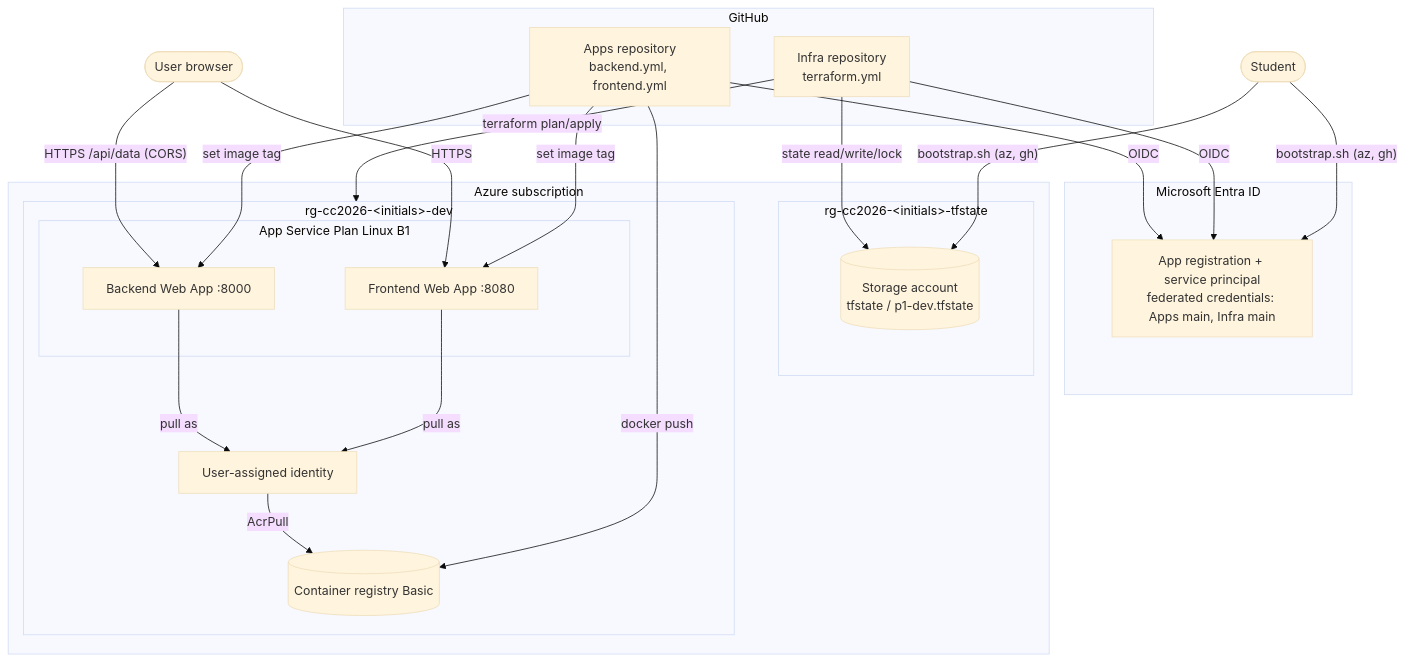
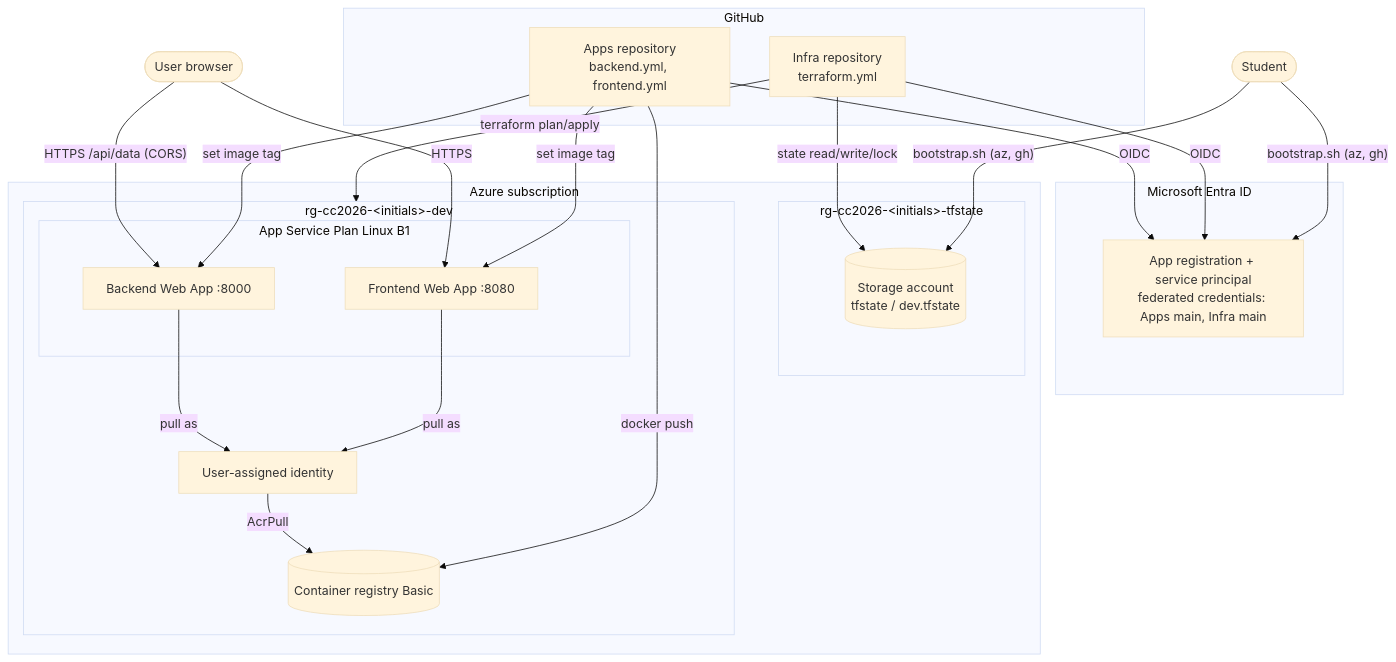
The first of 3 diagrams in docs/architecture.md (agi1clj/CC2026_DS_Infra), drawn with Mermaid (base theme) before and after one commit. The commit also changed other lines of this file and 12 other files, not shown here.

````diff
--- a/docs/architecture.md
+++ b/docs/architecture.md
@@ -7,40 +7,40 @@
 ```mermaid
 flowchart TB
     student([Student])
     browser([User browser])
 
     subgraph github["GitHub"]
         apps[Apps repository<br/>backend.yml, frontend.yml]
         infra[Infra repository<br/>terraform.yml]
     end
 
     subgraph entra["Microsoft Entra ID"]
         app[App registration + service principal<br/>federated credentials: Apps main, Infra main]
     end
 
     subgraph sub["Azure subscription"]
         subgraph staterg["rg-cc2026-&lt;initials&gt;-tfstate"]
-            sa[(Storage account<br/>tfstate / p1-dev.tfstate)]
+            sa[(Storage account<br/>tfstate / dev.tfstate)]
         end
         subgraph apprg["rg-cc2026-&lt;initials&gt;-dev"]
             acr[(Container registry Basic)]
             uami[User-assigned identity]
             subgraph plan["App Service Plan Linux B1"]
                 fe[Frontend Web App :8080]
                 be[Backend Web App :8000]
             end
         end
     end
 
     student -- "bootstrap.sh (az, gh)" --> sa & app
     infra -- "OIDC" --> app
     apps -- "OIDC" --> app
     infra -- "terraform plan/apply" --> apprg
     infra -- "state read/write/lock" --> sa
     apps -- "docker push" --> acr
     apps -- "set image tag" --> fe & be
     uami -- "AcrPull" --> acr
     fe & be -- "pull as" --> uami
     browser -- HTTPS --> fe
     browser -- "HTTPS /api/data (CORS)" --> be
 ```
````
